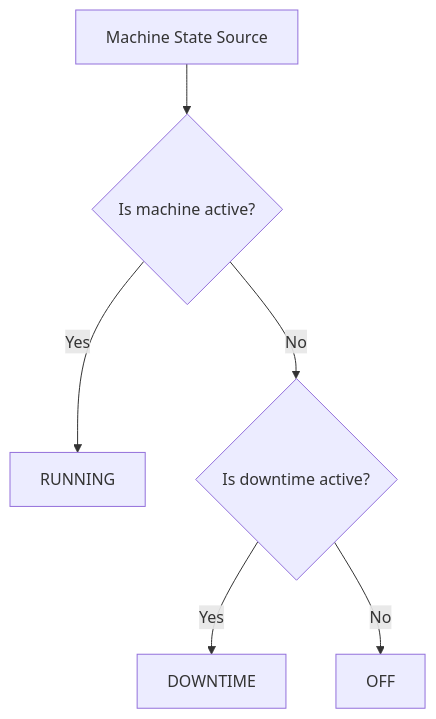
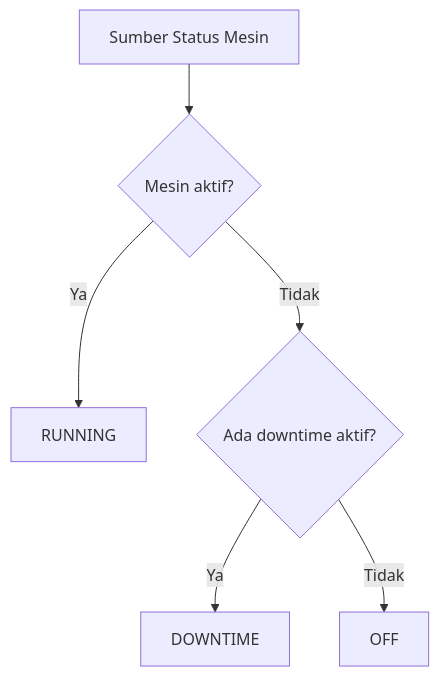
The third of 8 diagrams in README.md (fachriramdhan/WORKORDER), drawn with Mermaid before and after one commit. The commit also changed other lines of this file, not shown here.

````diff
--- a/README.md
+++ b/README.md
@@ -224,8 +224,8 @@
 ```mermaid
 flowchart TD
-    A[Machine State Source] --> B{Is machine active?}
-    B -- Yes --> C[RUNNING]
-    B -- No --> D{Is downtime active?}
-    D -- Yes --> E[DOWNTIME]
-    D -- No --> F[OFF]
+    A[Sumber Status Mesin] --> B{Mesin aktif?}
+    B -- Ya --> C[RUNNING]
+    B -- Tidak --> D{Ada downtime aktif?}
+    D -- Ya --> E[DOWNTIME]
+    D -- Tidak --> F[OFF]
 ```
````
